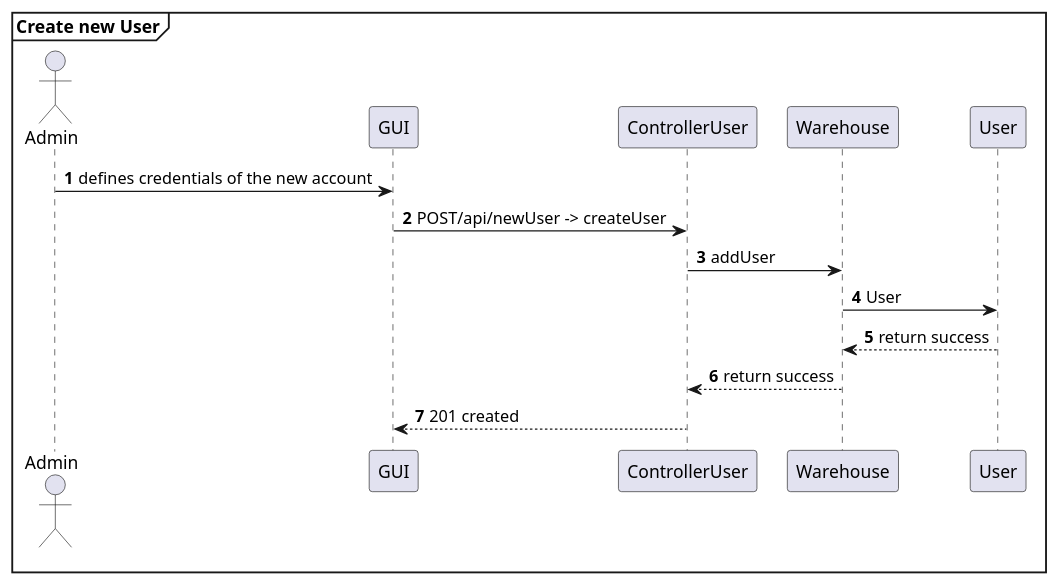
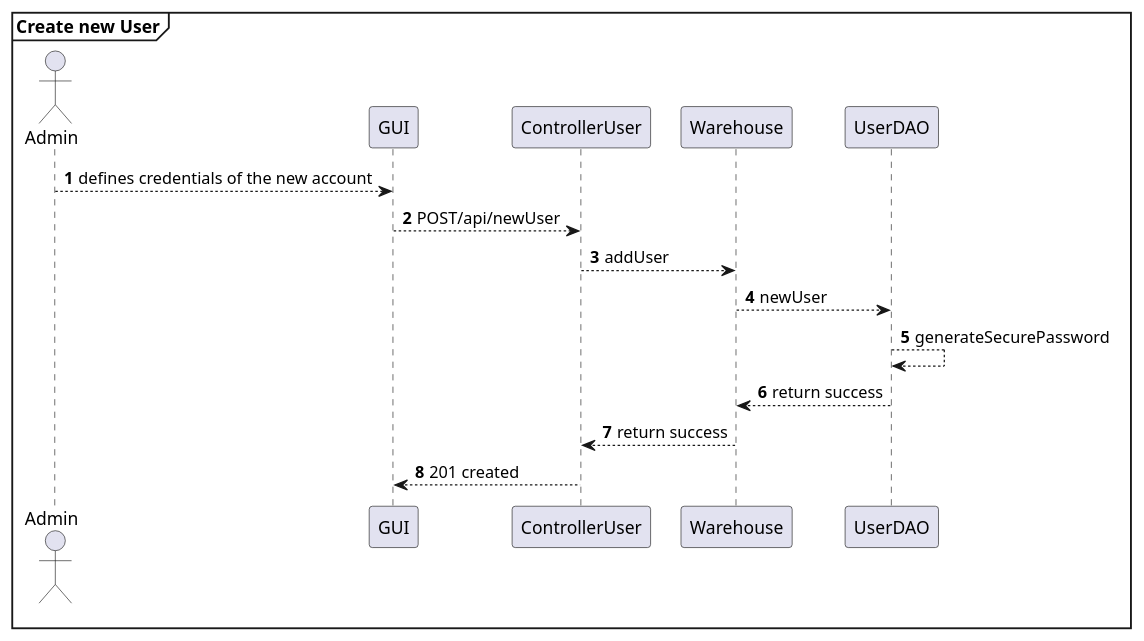
The eighth of 22 diagrams in DesignDocument.md (AlexZampa/EzWh), drawn with PlantUML before and after one commit. The commit also changed other lines of this file and 1 other file, not shown here.

Commit message:
modified sequence diagrams of Design document

````diff
--- a/DesignDocument.md
+++ b/DesignDocument.md
@@ -948,20 +799,21 @@
 ```plantuml
 @startuml
 mainframe **Create new User**
 actor Admin
 participant GUI
 participant ControllerUser
 participant Warehouse
-participant User
+participant UserDAO
 
 autonumber
-Admin -> GUI : defines credentials of the new account 
-GUI -> ControllerUser : POST/api/newUser -> createUser
-ControllerUser -> Warehouse : addUser
-Warehouse -> User : User
-Warehouse <-- User : return success
+Admin --> GUI : defines credentials of the new account 
+GUI --> ControllerUser : POST/api/newUser
+ControllerUser --> Warehouse : addUser
+Warehouse --> UserDAO : newUser
+UserDAO --> UserDAO : generateSecurePassword
+Warehouse <-- UserDAO : return success
 ControllerUser <-- Warehouse : return success
 GUI <-- ControllerUser : 201 created
 
 @enduml
 ```
````
